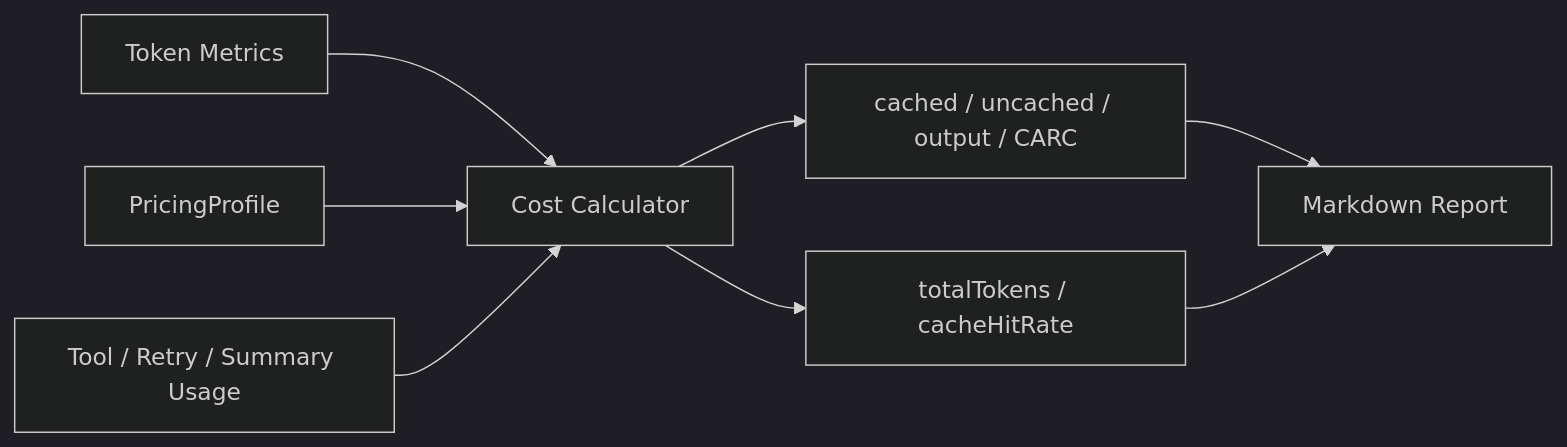
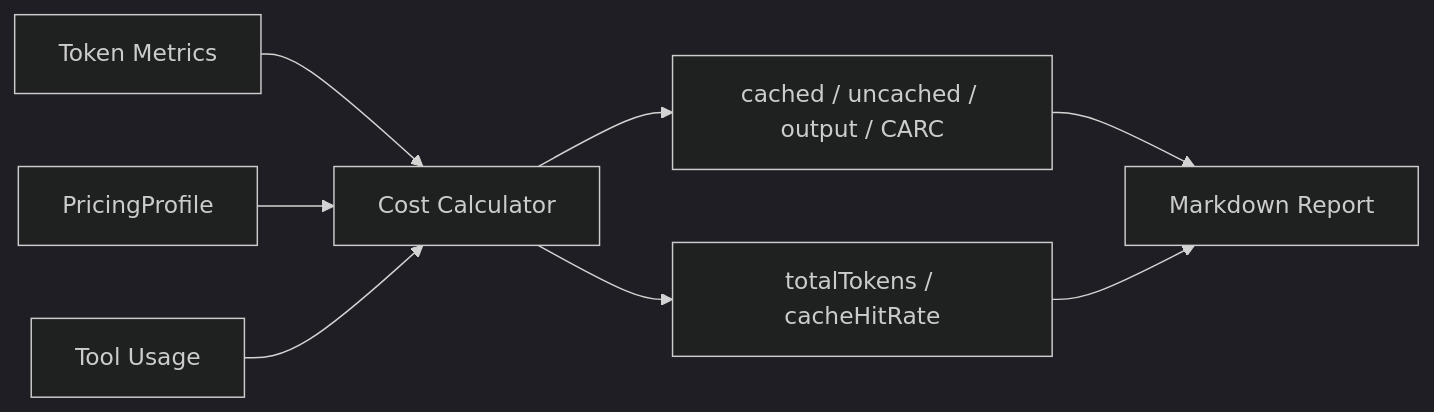
Before and after one commit to MustacheXb/ReviewAgent-pi: the tenth of 17 diagrams in docs/design/02-agent-design/ReviewAgent Token 优化方案——以 20~30% Token 成本达到通用 Agent 检视效果.md, drawn with Mermaid (dark theme). The commit also changed other lines of this file and 15 other files, not shown here.

````diff
--- a/docs/design/02-agent-design/ReviewAgent Token 优化方案——以 20~30% Token 成本达到通用 Agent 检视效果.md
+++ b/docs/design/02-agent-design/ReviewAgent Token 优化方案——以 20~30% Token 成本达到通用 Agent 检视效果.md
@@ -1140,10 +1139,10 @@
 ```mermaid
 flowchart LR
   A[Token Metrics] --> D[Cost Calculator]
   B[PricingProfile] --> D
-  C[Tool / Retry / Summary Usage] --> D
+  C[Tool Usage] --> D
   D --> E[cached / uncached / output / CARC]
   D --> F[totalTokens / cacheHitRate]
   E --> G[Markdown Report]
   F --> G
 ```
````
